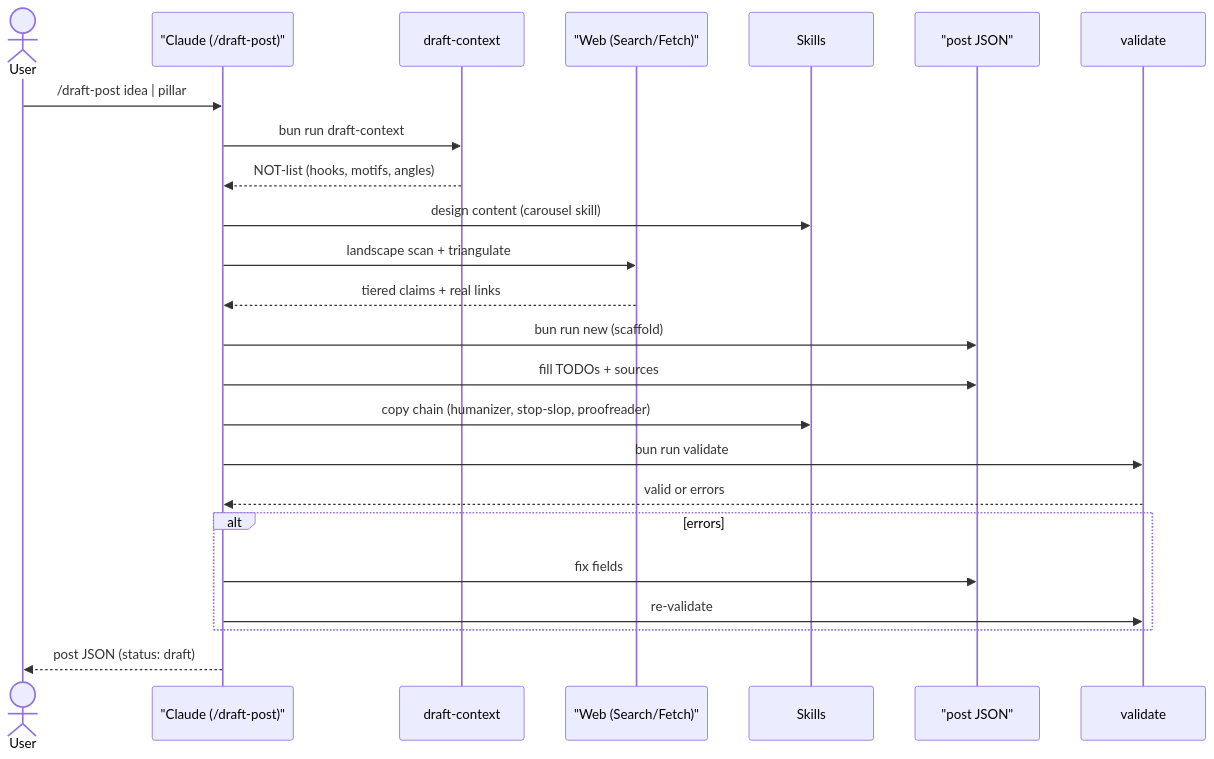
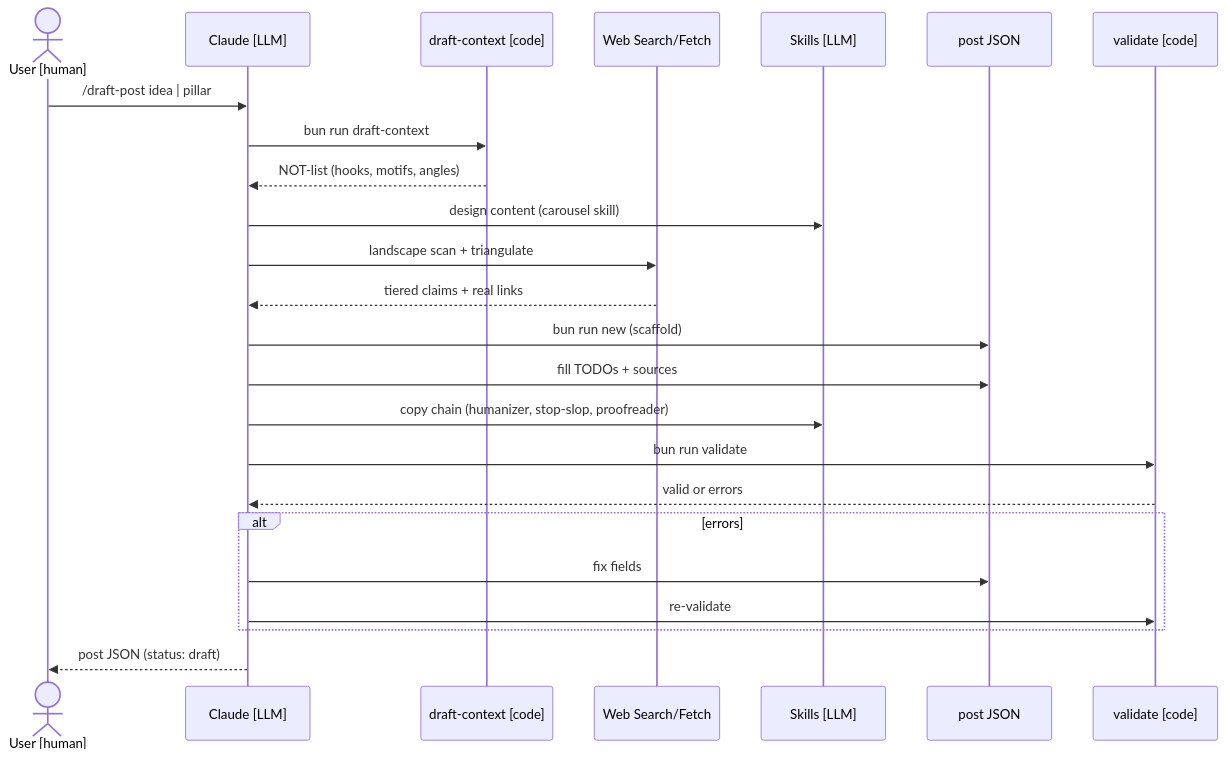
One commit to jondmarien/ai-ugc-pipeline changed the second of 4 diagrams in renderer/docs/DRAFT_PIPELINE_ARCHITECTURE.md. Above: the diagram before and after it, drawn with Mermaid. The commit also changed other lines of this file and 2 other files, not shown here.

First line of the commit message:
docs: annotate all architecture diagrams with [LLM]/[code]/[human]

````diff
--- a/renderer/docs/DRAFT_PIPELINE_ARCHITECTURE.md
+++ b/renderer/docs/DRAFT_PIPELINE_ARCHITECTURE.md
@@ -40,26 +44,26 @@
 ```mermaid
 sequenceDiagram
-  actor U as User
-  participant C as "Claude (/draft-post)"
-  participant D as draft-context
-  participant W as "Web (Search/Fetch)"
-  participant K as Skills
-  participant J as "post JSON"
-  participant V as validate
+  actor U as User [human]
+  participant C as Claude [LLM]
+  participant D as draft-context [code]
+  participant W as Web Search/Fetch
+  participant K as Skills [LLM]
+  participant J as post JSON
+  participant V as validate [code]
   U->>C: /draft-post idea | pillar
   C->>D: bun run draft-context
   D-->>C: NOT-list (hooks, motifs, angles)
   C->>K: design content (carousel skill)
   C->>W: landscape scan + triangulate
   W-->>C: tiered claims + real links
   C->>J: bun run new (scaffold)
   C->>J: fill TODOs + sources
   C->>K: copy chain (humanizer, stop-slop, proofreader)
   C->>V: bun run validate
   V-->>C: valid or errors
   alt errors
     C->>J: fix fields
     C->>V: re-validate
   end
   C-->>U: post JSON (status: draft)
 ```
````
